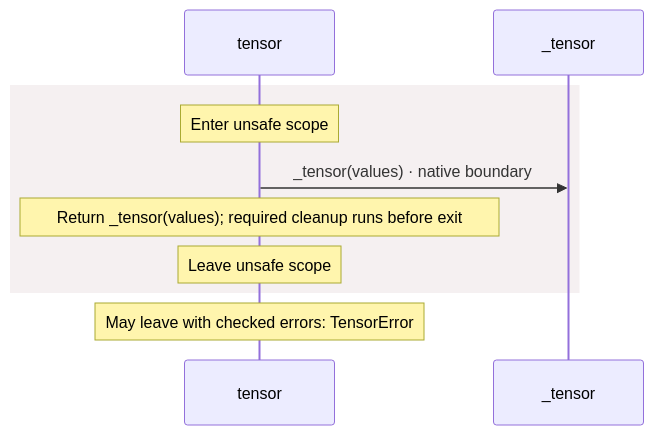
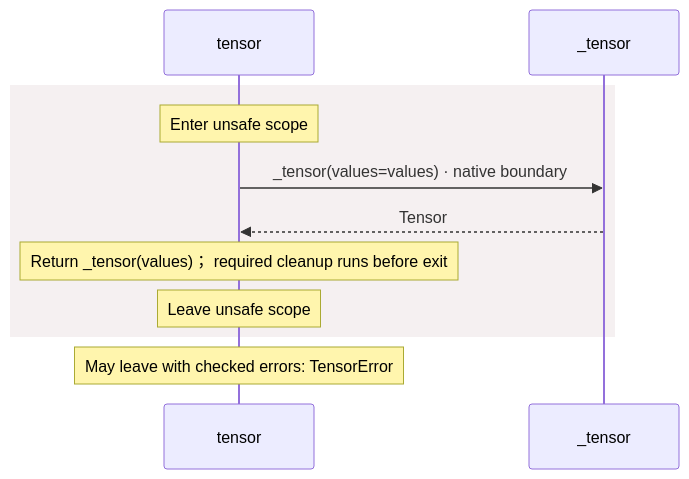
One commit to GreenPandaStudios/augscript changed the third of 8 diagrams in docs/examples/native-pytorch/dependencies/packages/@greenpandastudios/aug-pytorch/0.1.6/api-diagrams.md. Above: the diagram before and after it, drawn with Mermaid. The commit also changed other lines of this file and 524 other files, not shown here.

Commit message:
Explain checked data flow at folder and service levels

````diff
--- a/docs/examples/native-pytorch/dependencies/packages/@greenpandastudios/aug-pytorch/0.1.6/api-diagrams.md
+++ b/docs/examples/native-pytorch/dependencies/packages/@greenpandastudios/aug-pytorch/0.1.6/api-diagrams.md
@@ -126,12 +97,13 @@
 ```mermaid
 sequenceDiagram
     participant p0 as tensor
     participant p1 as _tensor
     rect rgb(245, 240, 241)
     Note over p0: Enter unsafe scope
-    p0->>p1: _tensor(values) · native boundary
-    Note over p0: Return _tensor(values)#59; required cleanup runs before exit
+    p0->>p1: _tensor(values=values) · native boundary
+    p1-->>p0: Tensor
+    Note over p0: Return _tensor(values)； required cleanup runs before exit
     Note over p0: Leave unsafe scope
     end
     Note over p0: May leave with checked errors: TensorError
 ```
````
